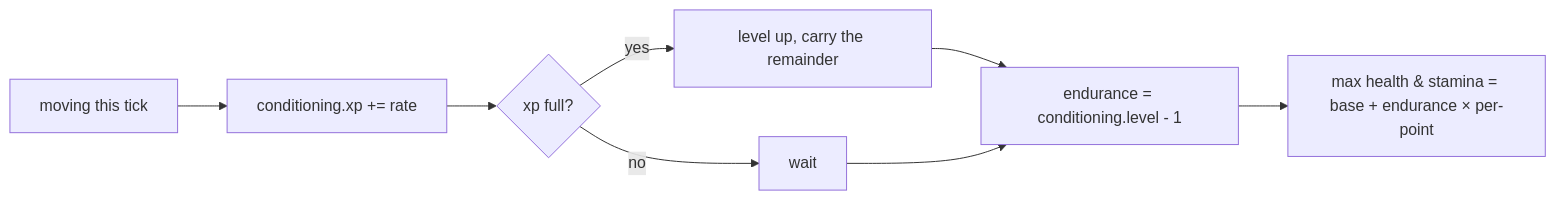
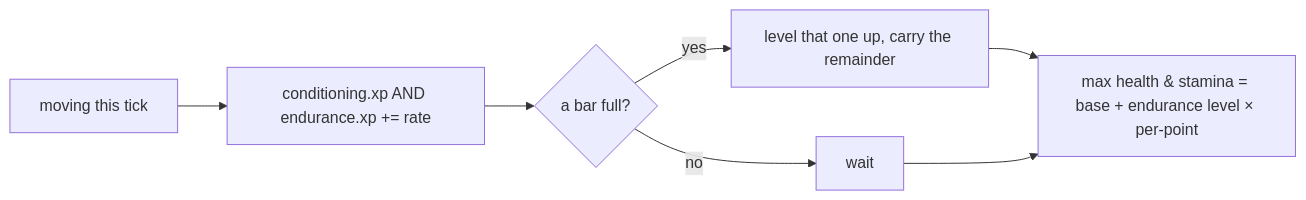
One commit to IsItJeff/game-engine changed the diagram in docs/engine/progression.md. Above: the diagram before and after it, drawn with Mermaid. The commit also changed other lines of this file and 10 other files, not shown here.

````diff
--- a/docs/engine/progression.md
+++ b/docs/engine/progression.md
@@ -25,10 +25,9 @@
 ```mermaid
 flowchart LR
-  act[moving this tick] --> xp[conditioning.xp += rate]
-  xp --> lvl{xp full?}
-  lvl -->|yes| up[level up, carry the remainder]
+  act[moving this tick] --> xp[conditioning.xp AND endurance.xp += rate]
+  xp --> lvl{a bar full?}
+  lvl -->|yes| up[level that one up, carry the remainder]
   lvl -->|no| keep[wait]
-  up --> attr[endurance = conditioning.level - 1]
-  keep --> attr
-  attr --> stat[max health & stamina = base + endurance × per-point]
+  up --> stat[max health & stamina = base + endurance level × per-point]
+  keep --> stat
 ```
````
